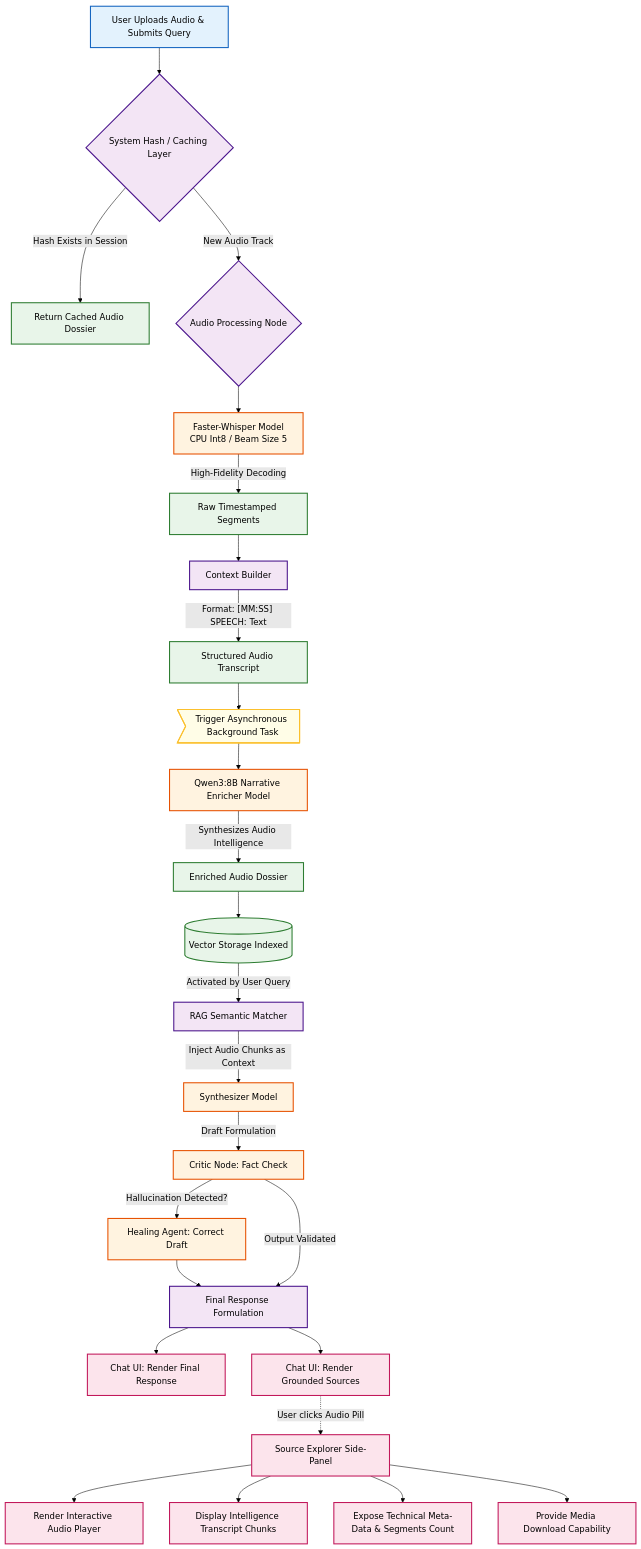
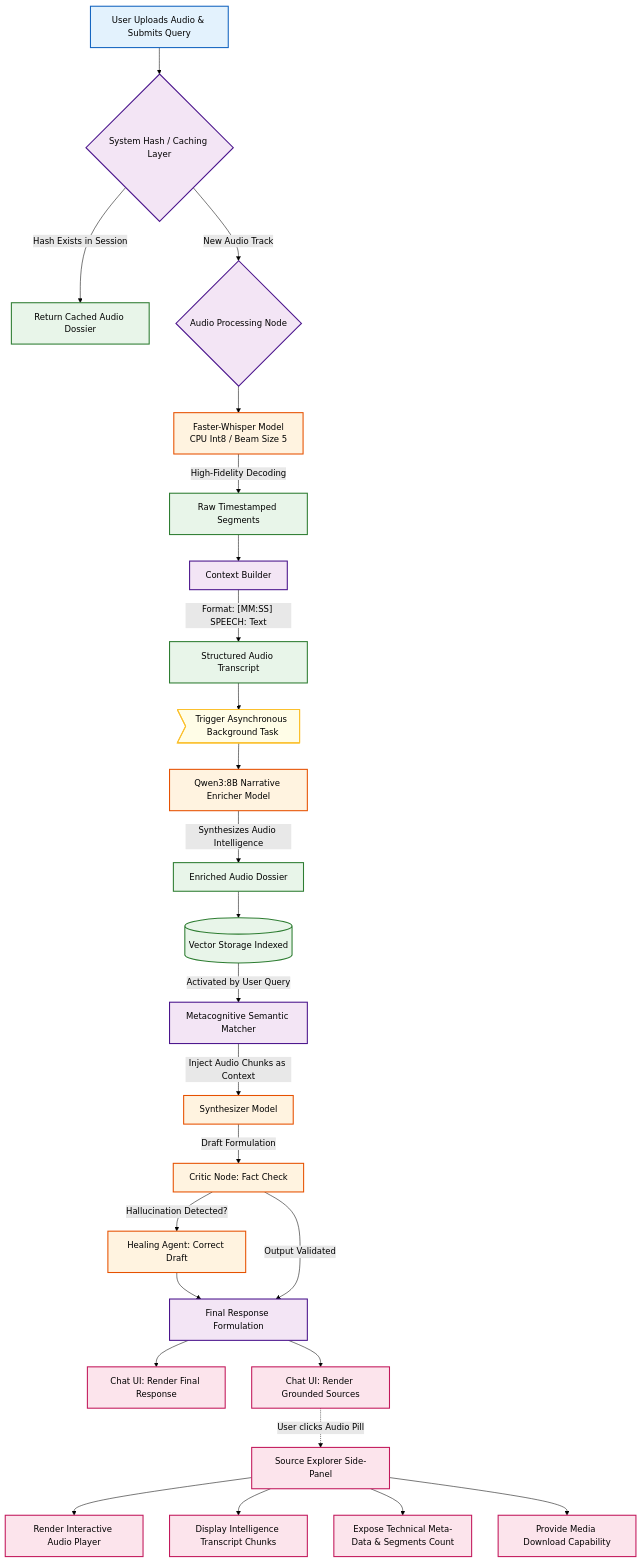
The diagram in About Spanda Operating Soul/Audio Processing.md (PankajVarma-PUV/SpandaOS), drawn with Mermaid (forest theme) before and after one commit. The commit also changed other lines of this file and 19 other files, not shown here.

Commit message:
Finalized SOTA SpandaOS Architecture

````diff
--- a/About Spanda Operating Soul/Audio Processing.md
+++ b/About Spanda Operating Soul/Audio Processing.md
@@ -49,50 +49,50 @@
 ```mermaid
 graph TD
     classDef user fill:#e3f2fd,stroke:#1565c0,stroke-width:2px;
     classDef process fill:#f3e5f5,stroke:#4a148c,stroke-width:2px;
     classDef model fill:#fff3e0,stroke:#e65100,stroke-width:2px;
     classDef storage fill:#e8f5e9,stroke:#2e7d32,stroke-width:2px;
     classDef ui fill:#fce4ec,stroke:#c2185b,stroke-width:2px;
     classDef bg fill:#fffde7,stroke:#fbc02d,stroke-width:2px;
 
     %% User Interaction & Ingestion Phase
     A[User Uploads Audio & Submits Query]:::user --> B{System Hash / Caching Layer}:::process
     B -->|Hash Exists in Session| C[Return Cached Audio Dossier]:::storage
     B -->|New Audio Track| D{Audio Processing Node}:::process
     
     %% Whisper Transcription Pipeline
     D --> E[Faster-Whisper Model<br>CPU Int8 / Beam Size 5]:::model
     E -->|High-Fidelity Decoding| F[Raw Timestamped Segments]:::storage
     
     %% Structured Formatting
     F --> G[Context Builder]:::process
     G --> |"Format: [MM:SS] SPEECH: Text"| H[Structured Audio Transcript]:::storage
     
     %% Asynchronous Background Enrichment Phase
     H --> I>Trigger Asynchronous Background Task]:::bg
     I --> J[Qwen3:8B Narrative Enricher Model]:::model
     J --> |Synthesizes Audio Intelligence| K[Enriched Audio Dossier]:::storage
     
     %% Vector Storage Phase
     K --> L[(Vector Storage Indexed)]:::storage
     
-    %% Retrieval & Generation (RAG) Phase
-    L --> |Activated by User Query| M[RAG Semantic Matcher]:::process
+    %% Metacognitive Retrieval & Synthesis Phase
+    L --> |Activated by User Query| M[Metacognitive Semantic Matcher]:::process
     M --> |Inject Audio Chunks as Context| N[Synthesizer Model]:::model
     
     %% Metacognitive Validation Phase
     N --> |Draft Formulation| O[Critic Node: Fact Check]:::model
     O -->|Hallucination Detected?| P[Healing Agent: Correct Draft]:::model
     P --> Q
     O -->|Output Validated| Q[Final Response Formulation]:::process
     
     %% UI Presentation Phase
     Q --> R[Chat UI: Render Final Response]:::ui
     Q --> S[Chat UI: Render Grounded Sources]:::ui
     
     S -.-> |User clicks Audio Pill| T[Source Explorer Side-Panel]:::ui
     T --> U[Render Interactive Audio Player]:::ui
     T --> V[Display Intelligence Transcript Chunks]:::ui
     T --> W[Expose Technical Meta-Data & Segments Count]:::ui
     T --> X[Provide Media Download Capability]:::ui
 ```
````
